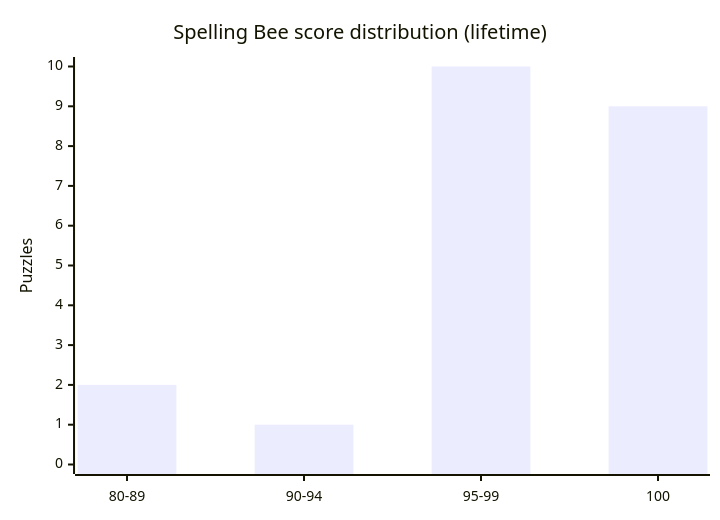
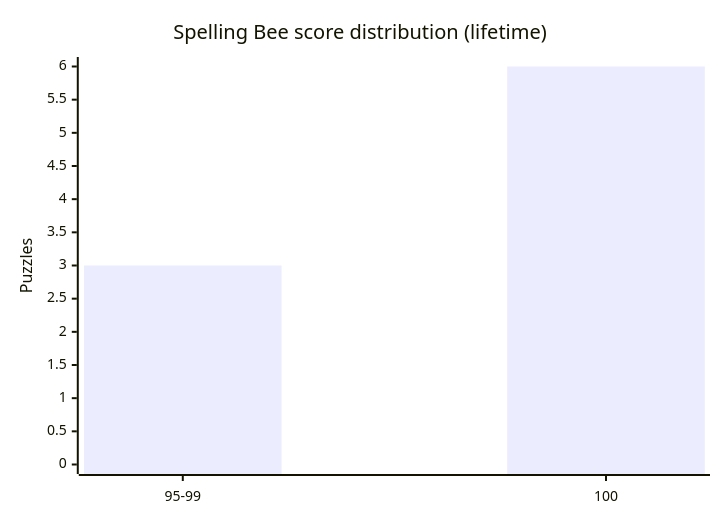
Before and after one commit to rhelgason/nyt-suite-solver: the diagram in README.md, drawn with Mermaid. The commit also changed other lines of this file and 36 other files, not shown here.

First line of the commit message:
Legended SVG cumulative chart and a clean 2026 data slate

````diff
--- a/README.md
+++ b/README.md
@@ -42,7 +32,7 @@
 ```mermaid
 xychart-beta
     title "Spelling Bee score distribution (lifetime)"
-    x-axis ["80-89", "90-94", "95-99", "100"]
-    y-axis "Puzzles" 0 --> 10
-    bar [2, 1, 10, 9]
+    x-axis ["95-99", "100"]
+    y-axis "Puzzles" 0 --> 6
+    bar [3, 6]
 ```
````
